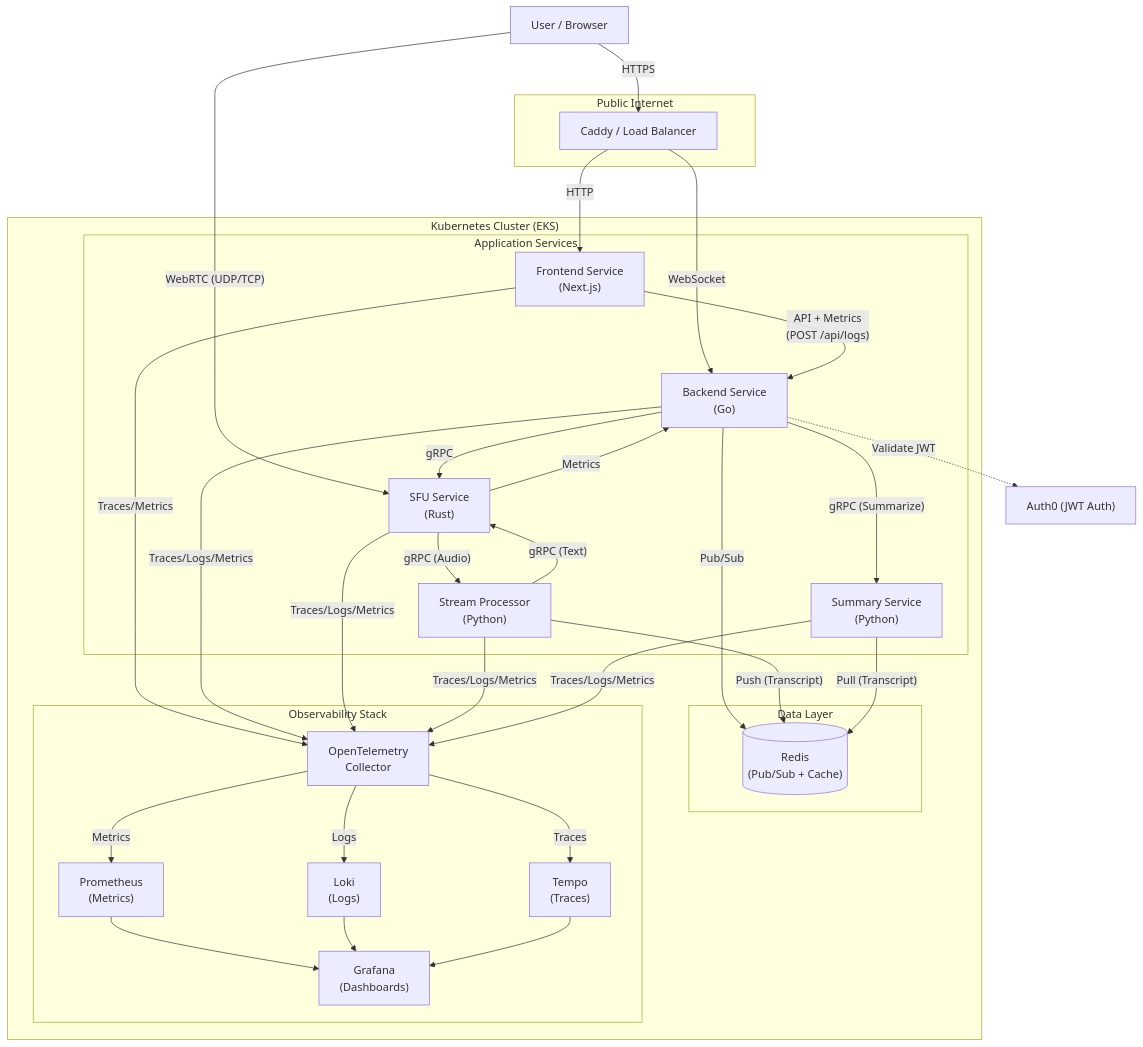
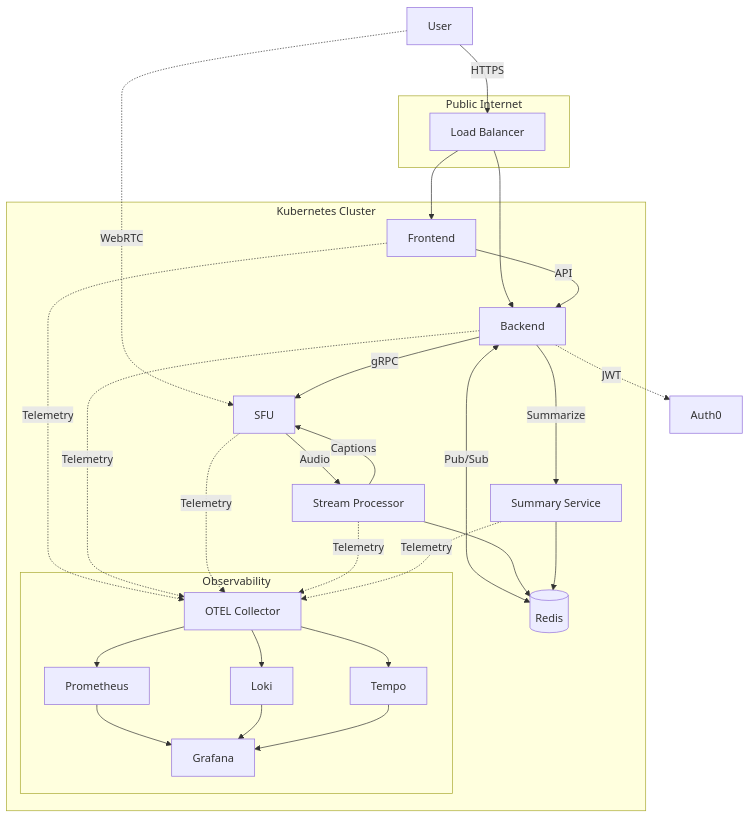
Before and after one commit to RoseWrightdev/Video-Conferencing: the diagram in README.md, drawn with Mermaid. The commit also changed other lines of this file, not shown here.

Commit message:
docs: Simplify the system architecture diagram in the README.

````diff
--- a/README.md
+++ b/README.md
@@ -15,68 +13,45 @@
 ```mermaid
-graph TD
-    User["User / Browser"]
-    Auth0["Auth0 (JWT Auth)"]
+graph TB
+    User["User"]
+    Auth0["Auth0"]
     
-    subgraph "Public Internet"
-        LB["Caddy / Load Balancer"]
+    subgraph Internet["Public Internet"]
+        LB["Load Balancer"]
     end
     
-    subgraph "Kubernetes Cluster (EKS)"
-        subgraph "Application Services"
-            FE["Frontend Service<br/>(Next.js)"]
-            BE["Backend Service<br/>(Go)"]
-            SFU["SFU Service<br/>(Rust)"]
-            CC["Stream Processor<br/>(Python)"]
-            Sum["Summary Service<br/>(Python)"]
-        end
+    subgraph K8s["Kubernetes Cluster"]
+        FE["Frontend"]
+        BE["Backend"]
+        SFU["SFU"]
+        CC["Stream Processor"]
+        Sum["Summary Service"]
+        Redis[("Redis")]
         
-        subgraph "Data Layer"
-            Redis[("Redis<br/>(Pub/Sub + Cache)")]
-        end
-        
-        subgraph "Observability Stack"
-            OTEL["OpenTelemetry<br/>Collector"]
-            Prom["Prometheus<br/>(Metrics)"]
-            Grafana["Grafana<br/>(Dashboards)"]
-            Loki["Loki<br/>(Logs)"]
-            Tempo["Tempo<br/>(Traces)"]
+        subgraph Observability["Observability"]
+            OTEL["OTEL Collector"]
+            Prom["Prometheus"]
+            Grafana["Grafana"]
+            Loki["Loki"]
+            Tempo["Tempo"]
         end
     end
 
-    %% User Connections
-    User -- "HTTPS" --> LB
-    User -- "WebRTC (UDP/TCP)" --> SFU
+    User -->|HTTPS| LB
+    User -.->|WebRTC| SFU
+    LB --> FE
+    LB --> BE
     
-    %% Load Balancer Routes
-    LB -- "HTTP" --> FE
-    LB -- "WebSocket" --> BE
+    BE -.->|JWT| Auth0
+    FE -->|API| BE
+    BE -->|gRPC| SFU
+    BE <-->|Pub/Sub| Redis
+    SFU -->|Audio| CC
+    CC -->|Captions| SFU
+    CC --> Redis
+    BE -->|Summarize| Sum
+    Sum --> Redis
     
-    %% Auth Flow
-    BE -. "Validate JWT" .-> Auth0
-    
-    %% Application Communication
-    FE -- "API + Metrics<br/>(POST /api/logs)" --> BE
-    BE -- "gRPC" --> SFU
-    BE -- "Pub/Sub" --> Redis
-    BE -- "gRPC (Summarize)" --> Sum
-    SFU -- "Metrics" --> BE
-    SFU -- "gRPC (Audio)" --> CC
-    CC -- "gRPC (Text)" --> SFU
-    CC -- "Push (Transcript)" --> Redis
-    Sum -- "Pull (Transcript)" --> Redis
-    
-    %% Observability Flows
-    FE -- "Traces/Metrics" --> OTEL
-    BE -- "Traces/Logs/Metrics" --> OTEL
-    SFU -- "Traces/Logs/Metrics" --> OTEL
-    CC -- "Traces/Logs/Metrics" --> OTEL
-    Sum -- "Traces/Logs/Metrics" --> OTEL
-    
-    OTEL -- "Metrics" --> Prom
-    OTEL -- "Logs" --> Loki
-    OTEL -- "Traces" --> Tempo
-    
-    Prom --> Grafana
-    Loki --> Grafana
-    Tempo --> Grafana
+    FE & BE & SFU & CC & Sum -.->|Telemetry| OTEL
+    OTEL --> Prom & Loki & Tempo
+    Prom & Loki & Tempo --> Grafana
 ```
````
